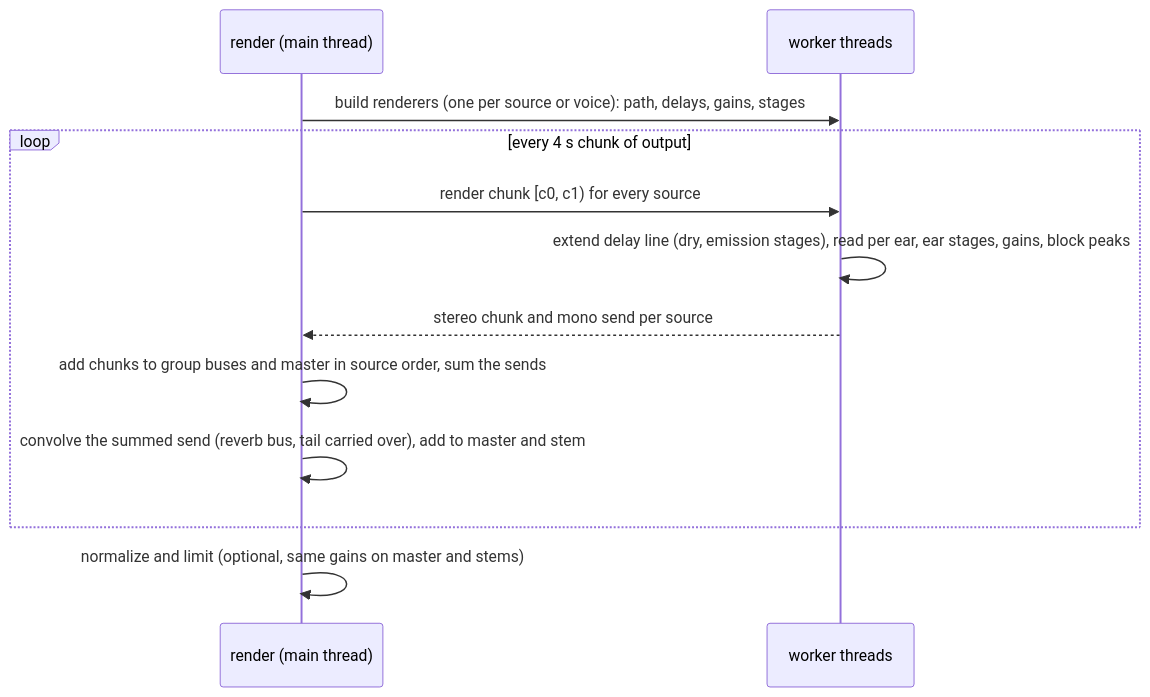
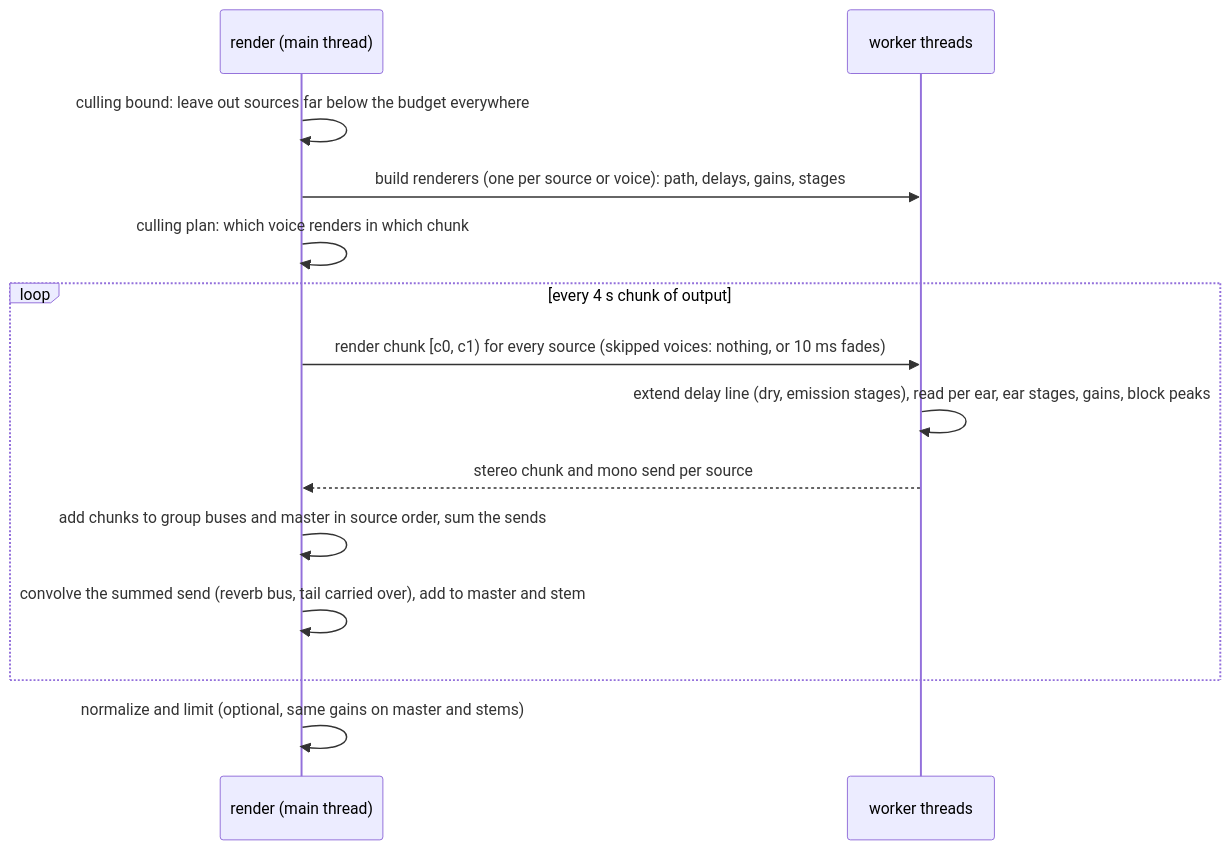
One commit to Agents-Robots/soundstage changed the second of 2 diagrams in research/models/processing-chain.md. Above: the diagram before and after it, drawn with Mermaid. The commit also changed other lines of this file and 43 other files, not shown here.

First line of the commit message:
Culling of inaudible voices in render and bake (FR-68), E16

````diff
--- a/research/models/processing-chain.md
+++ b/research/models/processing-chain.md
@@ -85,14 +85,16 @@
 ```mermaid
 sequenceDiagram
     participant M as render (main thread)
     participant W as worker threads
+    M->>M: culling bound: leave out sources far below the budget everywhere
     M->>W: build renderers (one per source or voice): path, delays, gains, stages
+    M->>M: culling plan: which voice renders in which chunk
     loop every 4 s chunk of output
-        M->>W: render chunk [c0, c1) for every source
+        M->>W: render chunk [c0, c1) for every source (skipped voices: nothing, or 10 ms fades)
         W->>W: extend delay line (dry, emission stages), read per ear, ear stages, gains, block peaks
         W-->>M: stereo chunk and mono send per source
         M->>M: add chunks to group buses and master in source order, sum the sends
         M->>M: convolve the summed send (reverb bus, tail carried over), add to master and stem
     end
     M->>M: normalize and limit (optional, same gains on master and stems)
 ```
````
